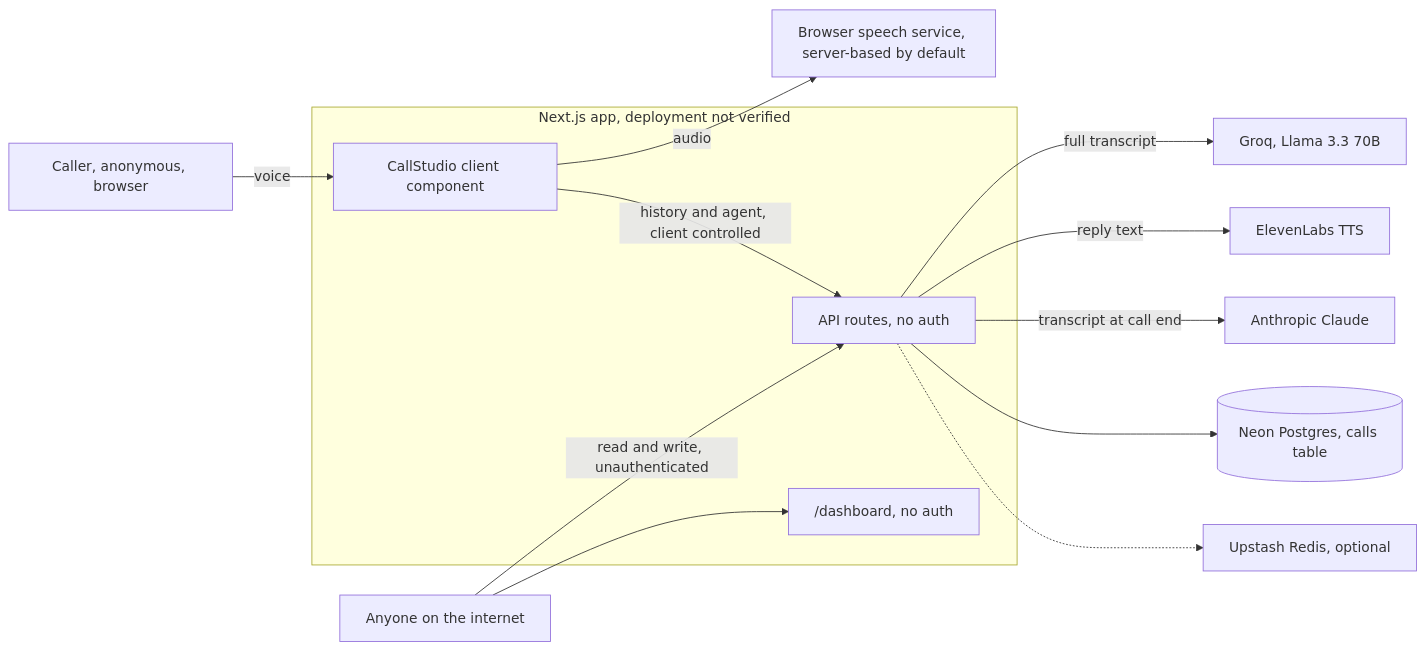
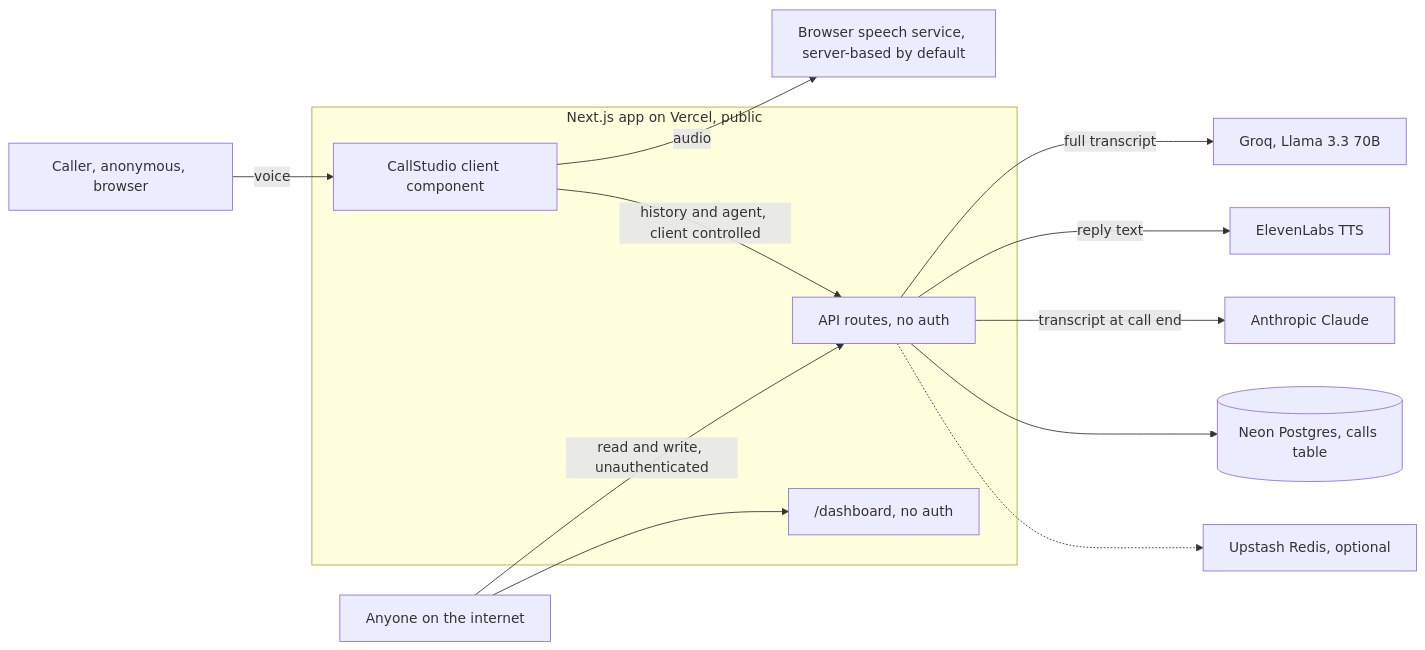
One commit to 1-apex/conversational-ai-agent changed the diagram in docs/diagrams/system-context-current.mmd. Above: the diagram before and after it, drawn with Mermaid. The commit also changed 36 other files, not shown here.

```diff
--- a/docs/diagrams/system-context-current.mmd
+++ b/docs/diagrams/system-context-current.mmd
@@ -1,25 +1,25 @@
 %% STATUS: CURRENT STATE, verified against commit ef361c0
 flowchart LR
   caller["Caller, anonymous, browser"]
   anyone["Anyone on the internet"]
-  subgraph app["Next.js app, deployment not verified"]
+  subgraph app["Next.js app on Vercel, public"]
     ui["CallStudio client component"]
     dash["/dashboard, no auth"]
     routes["API routes, no auth"]
   end
   speech["Browser speech service, server-based by default"]
   groq["Groq, Llama 3.3 70B"]
   el["ElevenLabs TTS"]
   claude["Anthropic Claude"]
   neon[("Neon Postgres, calls table")]
   redis["Upstash Redis, optional"]
   caller -->|voice| ui
   ui -->|audio| speech
   ui -->|history and agent, client controlled| routes
   routes -->|full transcript| groq
   routes -->|reply text| el
   routes -->|transcript at call end| claude
   routes --> neon
   routes -.-> redis
   anyone -->|read and write, unauthenticated| routes
   anyone --> dash
```
